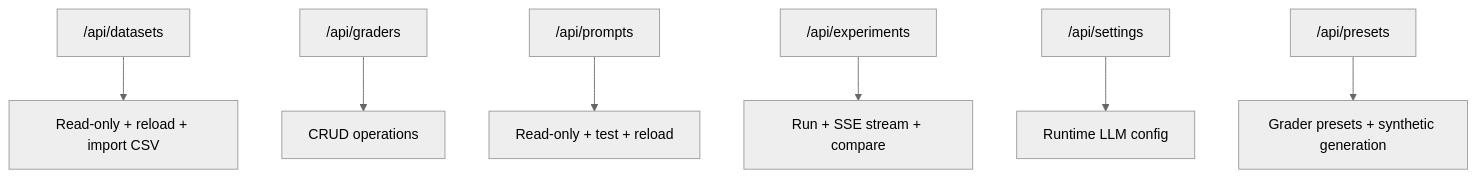
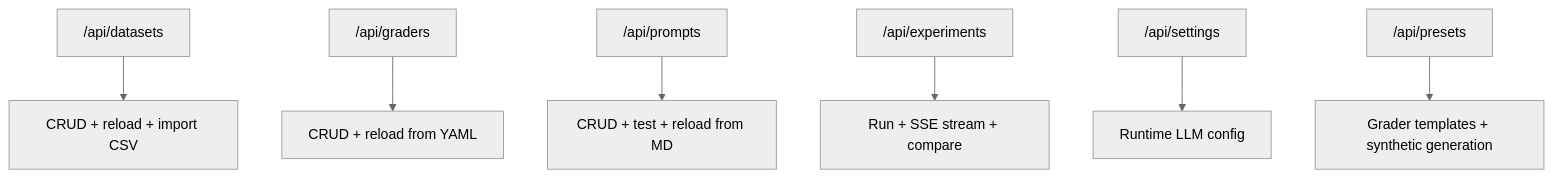
One commit to framersai/agentos-live-docs changed the sixth of 6 diagrams in packages/fullstack-evals-harness-example/ARCHITECTURE.md. Above: the diagram before and after it, drawn with Mermaid (neutral theme). The commit also changed other lines of this file and 20 other files, not shown here.

````diff
--- a/packages/fullstack-evals-harness-example/ARCHITECTURE.md
+++ b/packages/fullstack-evals-harness-example/ARCHITECTURE.md
@@ -241,9 +250,9 @@
 ```mermaid
 graph TD
-    A["/api/datasets"] --> B[Read-only + reload + import CSV]
-    C["/api/graders"] --> D[CRUD operations]
-    K["/api/prompts"] --> L[Read-only + test + reload]
+    A["/api/datasets"] --> B[CRUD + reload + import CSV]
+    C["/api/graders"] --> D[CRUD + reload from YAML]
+    K["/api/prompts"] --> L[CRUD + test + reload from MD]
     E["/api/experiments"] --> F[Run + SSE stream + compare]
     G["/api/settings"] --> H[Runtime LLM config]
-    I["/api/presets"] --> J[Grader presets + synthetic generation]
+    I["/api/presets"] --> J[Grader templates + synthetic generation]
 ```
````
